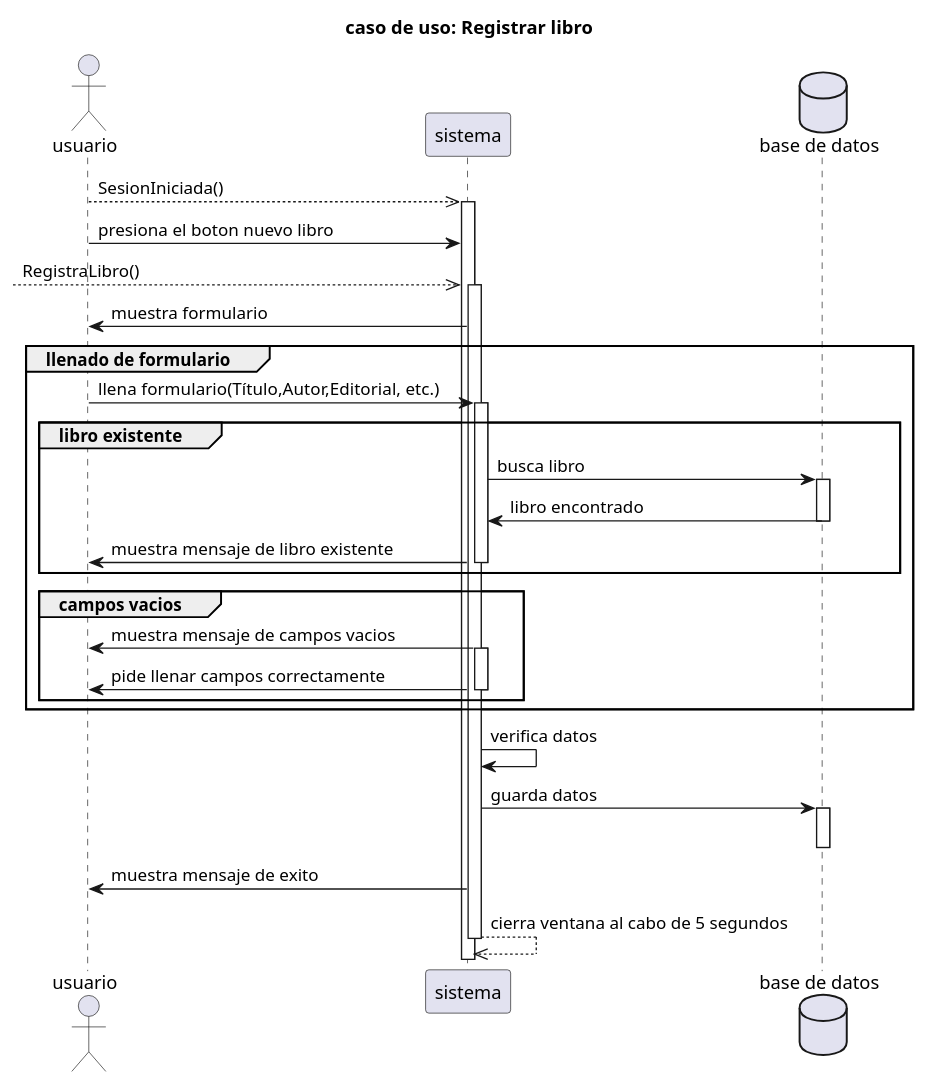
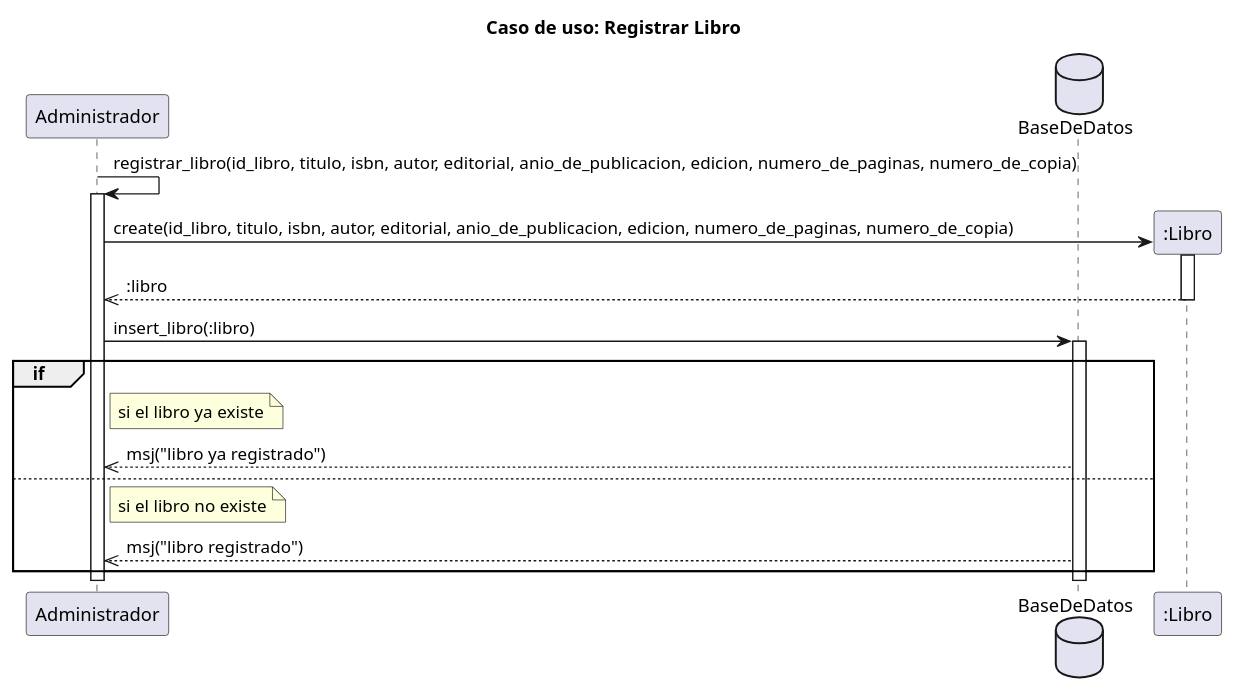
One commit to RubenE107/diagramas-de-dise-o-uml changed the diagram in interacion 2/registrarLibro.puml. Above: the diagram before and after it, drawn with PlantUML. The commit also changed 1 other file, not shown here.

Commit message:
Registrar libro

```diff
--- a/interacion 2/registrarLibro.puml
+++ b/interacion 2/registrarLibro.puml
@@ -1,45 +1,76 @@
-@startuml 
-title caso de uso: Registrar libro
-actor "usuario" as u
-participant "sistema" as s
-database "base de datos" as db
-u -->> s: SesionIniciada()
-activate s
-u -> s: presiona el boton nuevo libro
--->> s: RegistraLibro()
-activate s
-s -> u: muestra formulario
-group llenado de formulario
-u -> s: llena formulario(Título,Autor,Editorial, etc.)
-    activate s
-    group libro existente
-          s -> db: busca libro
-            activate db
-            db -> s: libro encontrado
-            deactivate db
-            s -> u: muestra mensaje de libro existente
+@startuml
+
+title Caso de uso: Registrar Libro
+
+participant "Administrador" as a
+database "BaseDeDatos" as db
+
+a -> a:registrar_libro(id_libro, titulo, isbn, autor, editorial, anio_de_publicacion, edicion, numero_de_paginas, numero_de_copia)
+activate a
+create ":Libro" as l
+a -> l:create(id_libro, titulo, isbn, autor, editorial, anio_de_publicacion, edicion, numero_de_paginas, numero_de_copia)
+activate l
+l-->>a::libro
+deactivate l
+a -> db:insert_libro(:libro)
+activate db
+group if 
+note right of a :si el libro ya existe
+a<<--db:msj("libro ya registrado")
+else
+note right of a :si el libro no existe
+a<<--db:msj("libro registrado")
+end
+
+activate db
+deactivate db
+deactivate a
+
+
+
+
+
+' title caso de uso: Registrar libro
+' actor "usuario" as u
+' participant "sistema" as s
+' database "base de datos" as db
+' u -->> s: SesionIniciada()
+' activate s
+' u -> s: presiona el boton nuevo libro
+' -->> s: RegistraLibro()
+' activate s
+' s -> u: muestra formulario
+' group llenado de formulario
+' u -> s: llena formulario(Título,Autor,Editorial, etc.)
+'     activate s
+'     group libro existente
+'           s -> db: busca libro
+'             activate db
+'             db -> s: libro encontrado
+'             deactivate db
+'             s -> u: muestra mensaje de libro existente
             
-            deactivate s
-    end
+'             deactivate s
+'     end
     
     
-    group campos vacios
-          s -> u: muestra mensaje de campos vacios
-          activate s
-          s -> u: pide llenar campos correctamente
-          deactivate s
-    end       
+'     group campos vacios
+'           s -> u: muestra mensaje de campos vacios
+'           activate s
+'           s -> u: pide llenar campos correctamente
+'           deactivate s
+'     end       
     
 
-end
-s -> s: verifica datos
-s -> db: guarda datos
-activate db
-deactivate db
-s -> u: muestra mensaje de exito
-s -->> s: cierra ventana al cabo de 5 segundos
+' end
+' s -> s: verifica datos
+' s -> db: guarda datos
+' activate db
+' deactivate db
+' s -> u: muestra mensaje de exito
+' s -->> s: cierra ventana al cabo de 5 segundos
 
 
       
-deactivate s
+' deactivate s
 @enduml
```
